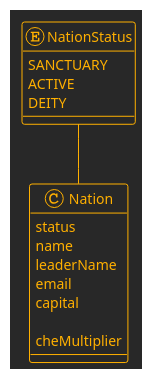
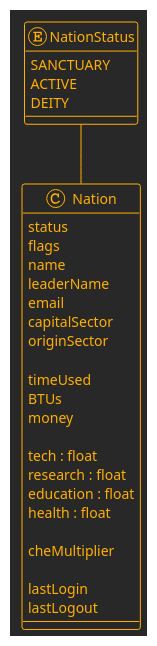
One commit to marknelsonengineer/empire changed the sixth of 11 diagrams in API_DESIGN.md. Above: the diagram before and after it, drawn with PlantUML. The commit also changed other lines of this file and 5 other files, not shown here.

```diff
--- a/API_DESIGN.md
+++ b/API_DESIGN.md
@@ -217,22 +281,36 @@
 @startuml
 !theme crt-amber
 
 enum NationStatus {
   SANCTUARY
   ACTIVE   
   DEITY    
 }
 
 class Nation {
   status
+  flags
   name
   leaderName
   email
-  capital
+  capitalSector
+  originSector
+
+  timeUsed
+  BTUs
+  money
+
+  tech : float
+  research : float
+  education : float
+  health : float
 
   cheMultiplier
+
+  lastLogin
+  lastLogout
 }
 
 NationStatus -- Nation
 
 @enduml
```
